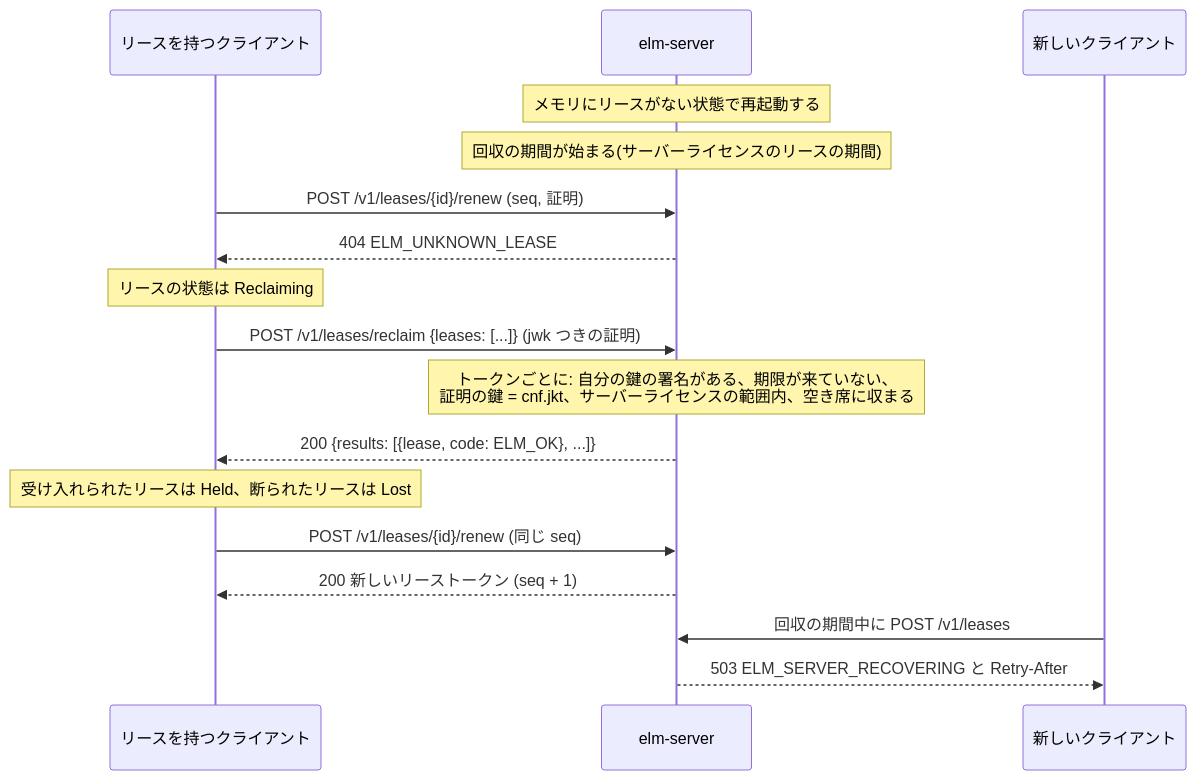
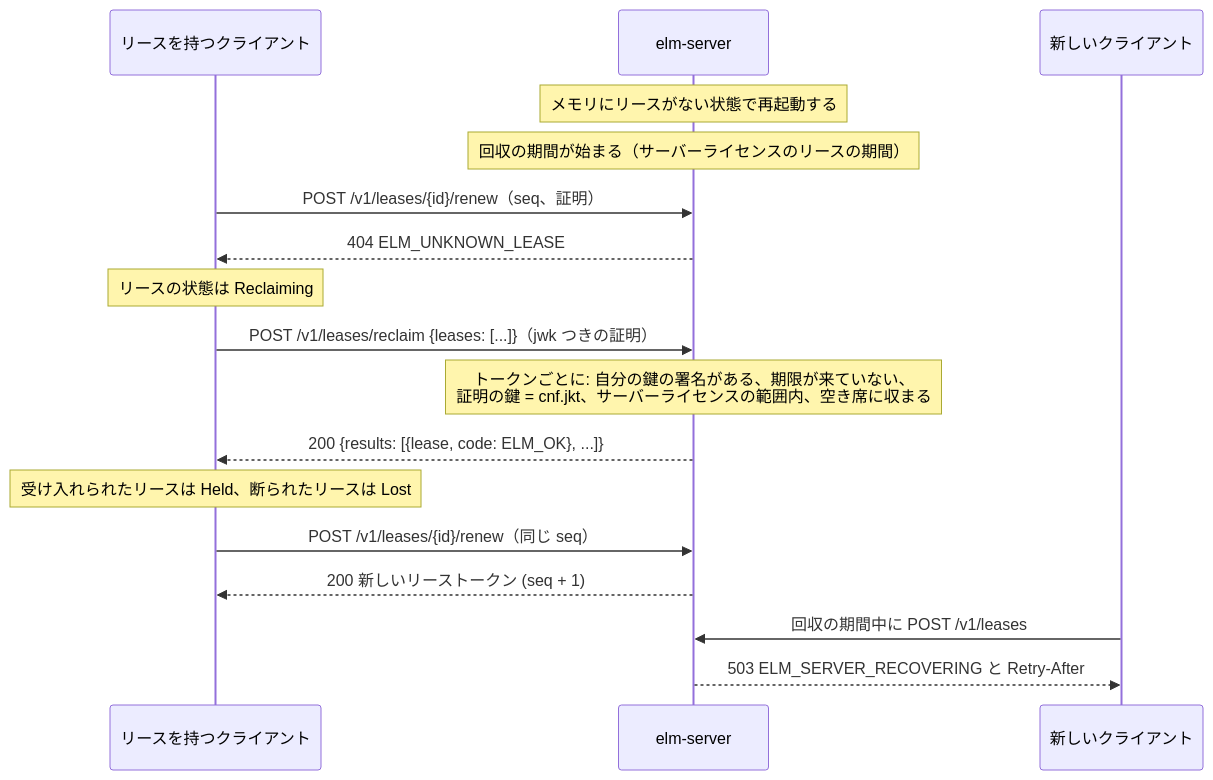
The second of 2 diagrams in docs/guide.ja/explanation/floating-licenses.md (YUKIKEDA/ElasticLM), drawn with Mermaid before and after one commit. The commit also changed other lines of this file and 9 other files, not shown here.

````diff
--- a/docs/guide.ja/explanation/floating-licenses.md
+++ b/docs/guide.ja/explanation/floating-licenses.md
@@ -140,19 +140,19 @@
 ```mermaid
 sequenceDiagram
     participant C as リースを持つクライアント
     participant S as elm-server
     participant N as 新しいクライアント
     Note over S: メモリにリースがない状態で再起動する
-    Note over S: 回収の期間が始まる(サーバーライセンスのリースの期間)
-    C->>S: POST /v1/leases/{id}/renew (seq, 証明)
+    Note over S: 回収の期間が始まる（サーバーライセンスのリースの期間）
+    C->>S: POST /v1/leases/{id}/renew（seq、証明）
     S-->>C: 404 ELM_UNKNOWN_LEASE
     Note over C: リースの状態は Reclaiming
-    C->>S: POST /v1/leases/reclaim {leases: [...]} (jwk つきの証明)
+    C->>S: POST /v1/leases/reclaim {leases: [...]}（jwk つきの証明）
     Note over S: トークンごとに: 自分の鍵の署名がある、期限が来ていない、<br/>証明の鍵 = cnf.jkt、サーバーライセンスの範囲内、空き席に収まる
     S-->>C: 200 {results: [{lease, code: ELM_OK}, ...]}
     Note over C: 受け入れられたリースは Held、断られたリースは Lost
-    C->>S: POST /v1/leases/{id}/renew (同じ seq)
+    C->>S: POST /v1/leases/{id}/renew（同じ seq）
     S-->>C: 200 新しいリーストークン (seq + 1)
     N->>S: 回収の期間中に POST /v1/leases
     S-->>N: 503 ELM_SERVER_RECOVERING と Retry-After
 ```
````
